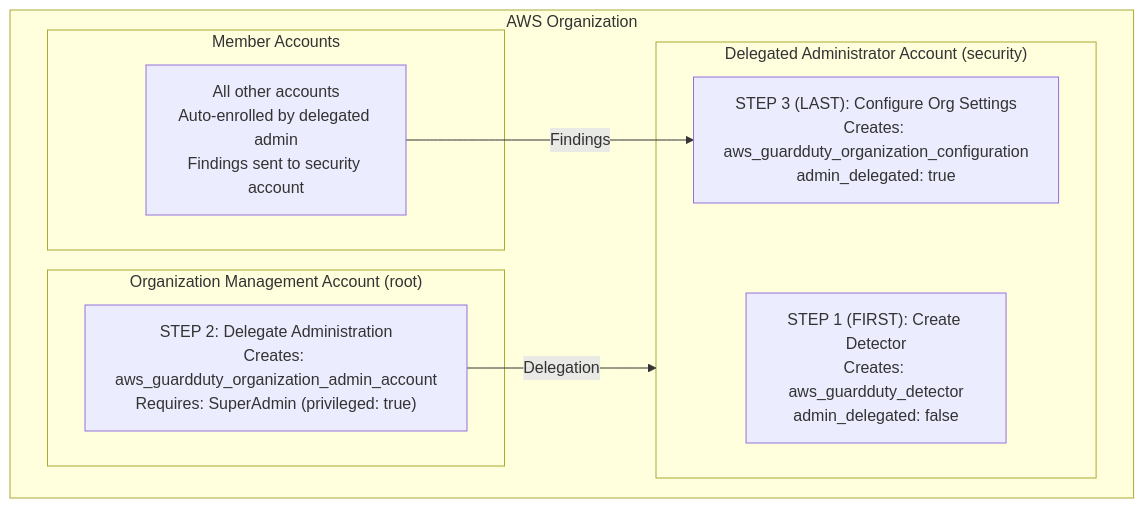
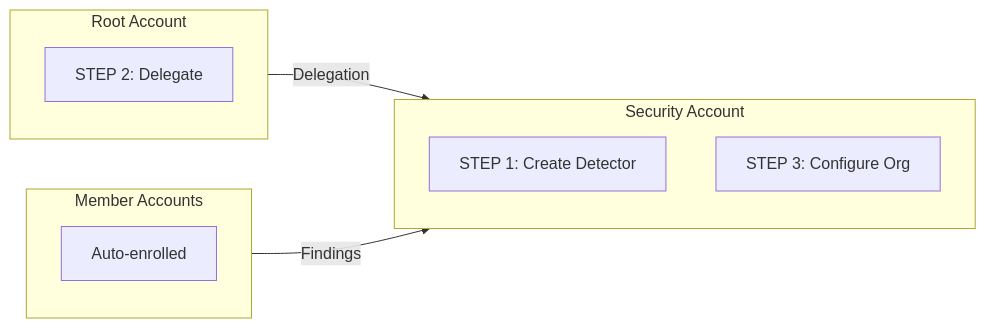
Before and after one commit to cloudposse/docs: the diagram in docs/layers/security-and-compliance/aws-guardduty.mdx, drawn with Mermaid. The commit also changed 10 other files, not shown here.

````diff
--- a/docs/layers/security-and-compliance/aws-guardduty.mdx
+++ b/docs/layers/security-and-compliance/aws-guardduty.mdx
@@ -38,20 +38,18 @@
 ```mermaid
-flowchart TB
-    subgraph org["AWS Organization"]
-        subgraph root["Organization Management Account (root)"]
-            step2["STEP 2: Delegate Administration<br/>Creates: aws_guardduty_organization_admin_account<br/>Requires: SuperAdmin (privileged: true)"]
-        end
-
-        subgraph security["Delegated Administrator Account (security)"]
-            step1["STEP 1 (FIRST): Create Detector<br/>Creates: aws_guardduty_detector<br/>admin_delegated: false"]
-            step3["STEP 3 (LAST): Configure Org Settings<br/>Creates: aws_guardduty_organization_configuration<br/>admin_delegated: true"]
-        end
-
-        subgraph members["Member Accounts"]
-            member["All other accounts<br/>Auto-enrolled by delegated admin<br/>Findings sent to security account"]
-        end
+flowchart LR
+    subgraph root["Root Account"]
+        step2["STEP 2: Delegate"]
     end
 
-    step2 -->|"Delegation"| security
-    member -->|"Findings"| step3
+    subgraph security["Security Account"]
+        step1["STEP 1: Create Detector"]
+        step3["STEP 3: Configure Org"]
+    end
+
+    subgraph members["Member Accounts"]
+        member["Auto-enrolled"]
+    end
+
+    root -->|"Delegation"| security
+    members -->|"Findings"| security
 ```
````
